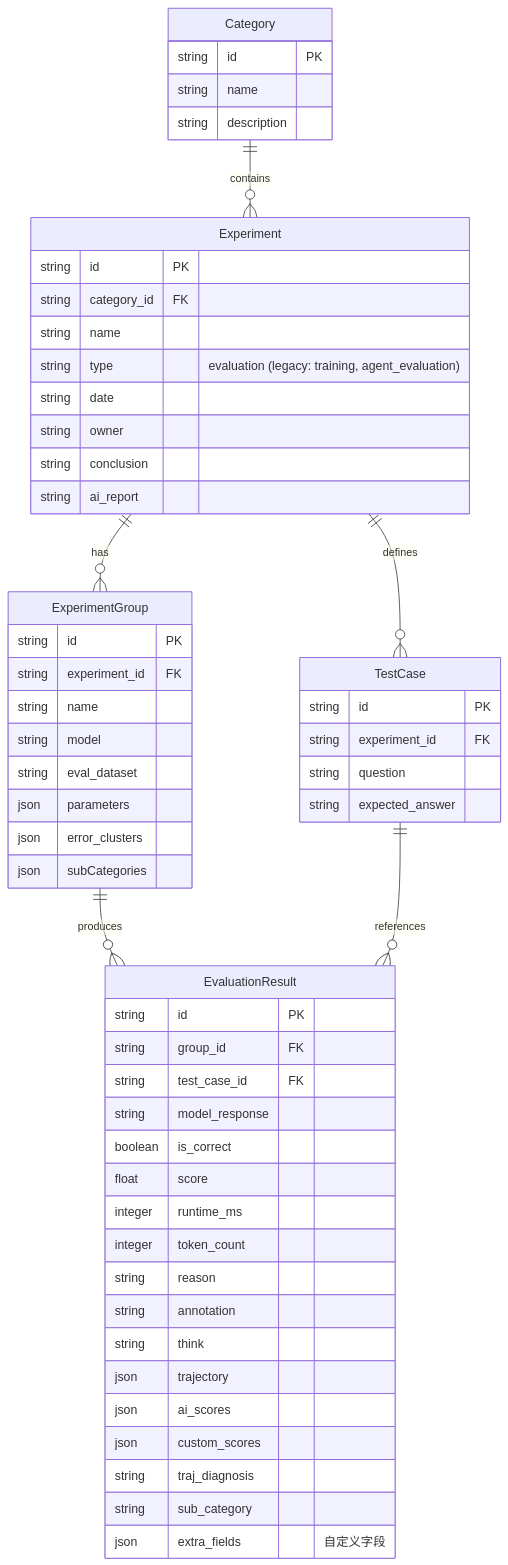
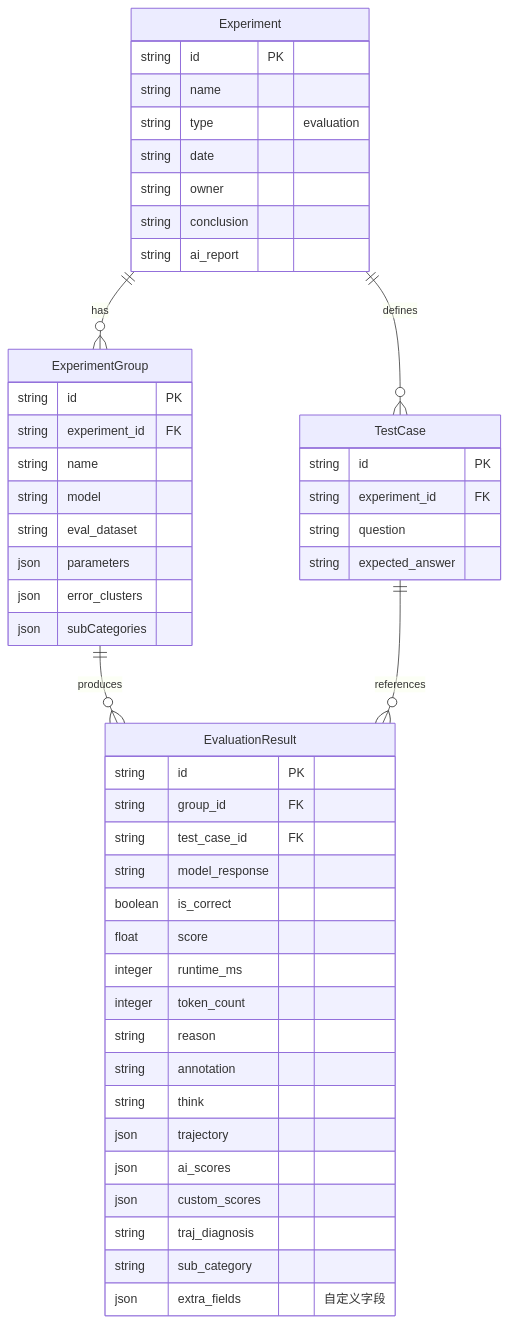
The second of 4 diagrams in DEVELOPMENT.md (Haoguozhichi/corpus_dashboard), drawn with Mermaid before and after one commit. The commit also changed other lines of this file and 23 other files, not shown here.

````diff
--- a/DEVELOPMENT.md
+++ b/DEVELOPMENT.md
@@ -71,59 +70,52 @@
 ```mermaid
 erDiagram
-    Category ||--o{ Experiment : contains
     Experiment ||--o{ ExperimentGroup : has
     Experiment ||--o{ TestCase : defines
     ExperimentGroup ||--o{ EvaluationResult : produces
     TestCase ||--o{ EvaluationResult : "references"
     
-    Category {
+    Experiment {
         string id PK
         string name
-        string description
-    }
-    Experiment {
-        string id PK
-        string category_id FK
-        string name
-        string type "evaluation (legacy: training, agent_evaluation)"
+        string type "evaluation"
         string date
         string owner
         string conclusion
         string ai_report
     }
     ExperimentGroup {
         string id PK
         string experiment_id FK
         string name
         string model
         string eval_dataset
         json parameters
         json error_clusters
         json subCategories
     }
     TestCase {
         string id PK
         string experiment_id FK
         string question
         string expected_answer
     }
     EvaluationResult {
         string id PK
         string group_id FK
         string test_case_id FK
         string model_response
         boolean is_correct
         float score
         integer runtime_ms
         integer token_count
         string reason
         string annotation
         string think
         json trajectory
         json ai_scores
         json custom_scores
         string traj_diagnosis
         string sub_category
         json extra_fields "自定义字段"
     }
 ```
````
